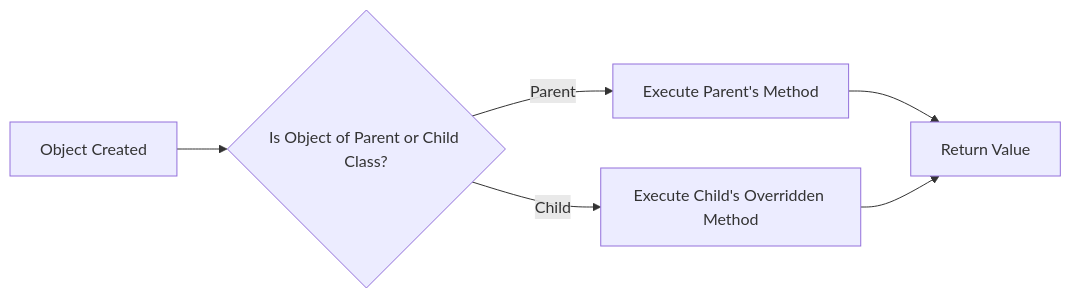
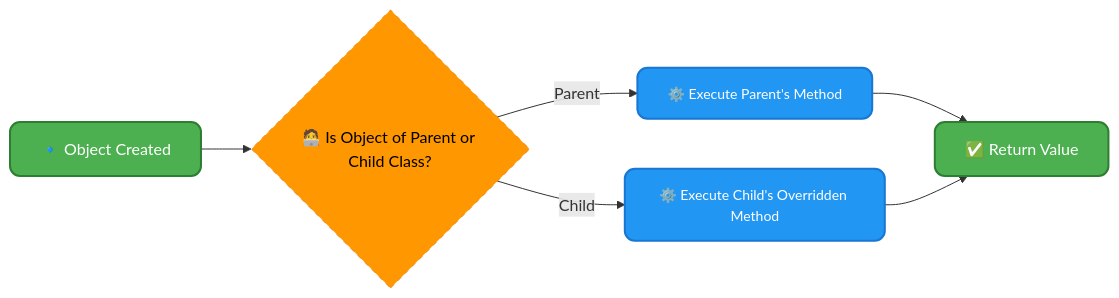
Before and after one commit to infoyouth/infoyouth.github.io: the fifth of 5 diagrams in _posts/2024-12-25-11.-methods-in-java.md, drawn with Mermaid. The commit also changed other lines of this file and 1 other file, not shown here.

````diff
--- a/_posts/2024-12-25-11.-methods-in-java.md
+++ b/_posts/2024-12-25-11.-methods-in-java.md
@@ -551,8 +616,20 @@
-    ```mermaid
+```mermaid
     graph LR
-        A[Object Created] --> B{Is Object of Parent or Child Class?};
-        B -- Parent --> C[Execute Parent's Method];
-         B -- Child --> D[Execute Child's Overridden Method];
-        C--> E[Return Value];
-        D--> E
-    ```
+        A[🔹 Object Created] --> B{🧑‍💻 Is Object of Parent or Child Class?}
+        B -- Parent --> C[⚙️ Execute Parent's Method]
+        B -- Child --> D[⚙️ Execute Child's Overridden Method]
+        C --> E[✅ Return Value]
+        D --> E
+
+        class A startNode
+        class B decisionNode
+        class C processNode
+        class D processNode
+        class E returnNode
+
+        classDef startNode fill:#4CAF50,stroke:#2E7D32,color:#FFFFFF,font-size:16px,stroke-width:2px,rx:10px;
+        classDef processNode fill:#2196F3,stroke:#1976D2,color:#FFFFFF,font-size:14px,stroke-width:2px,rx:10px;
+        classDef decisionNode fill:#FF9800,stroke:#F57C00,color:#000000,font-size:16px,stroke-dasharray: 5,5;
+        classDef returnNode fill:#4CAF50,stroke:#2E7D32,color:#FFFFFF,font-size:16px,stroke-width:2px,rx:10px;
+
+```
````
